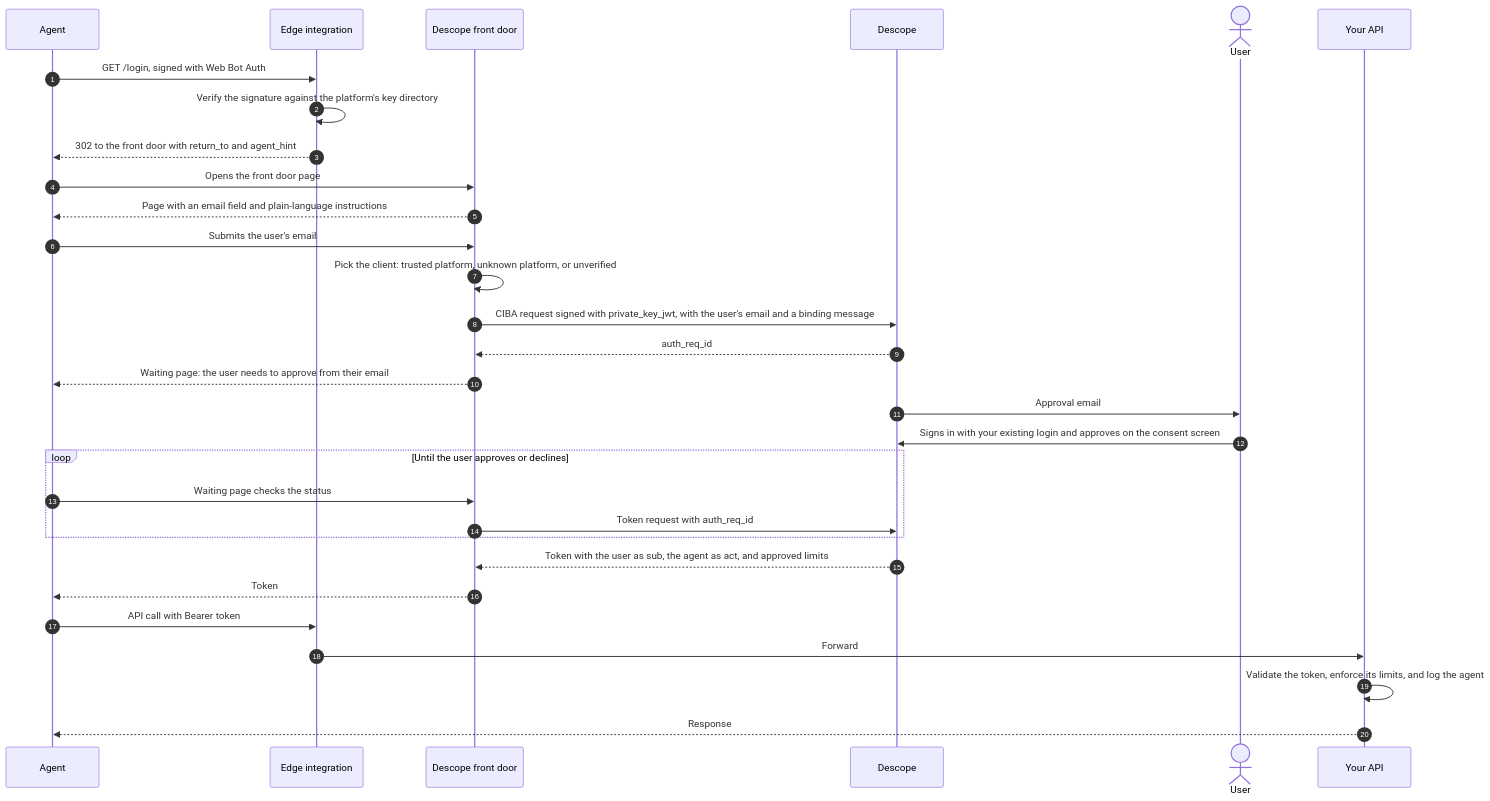
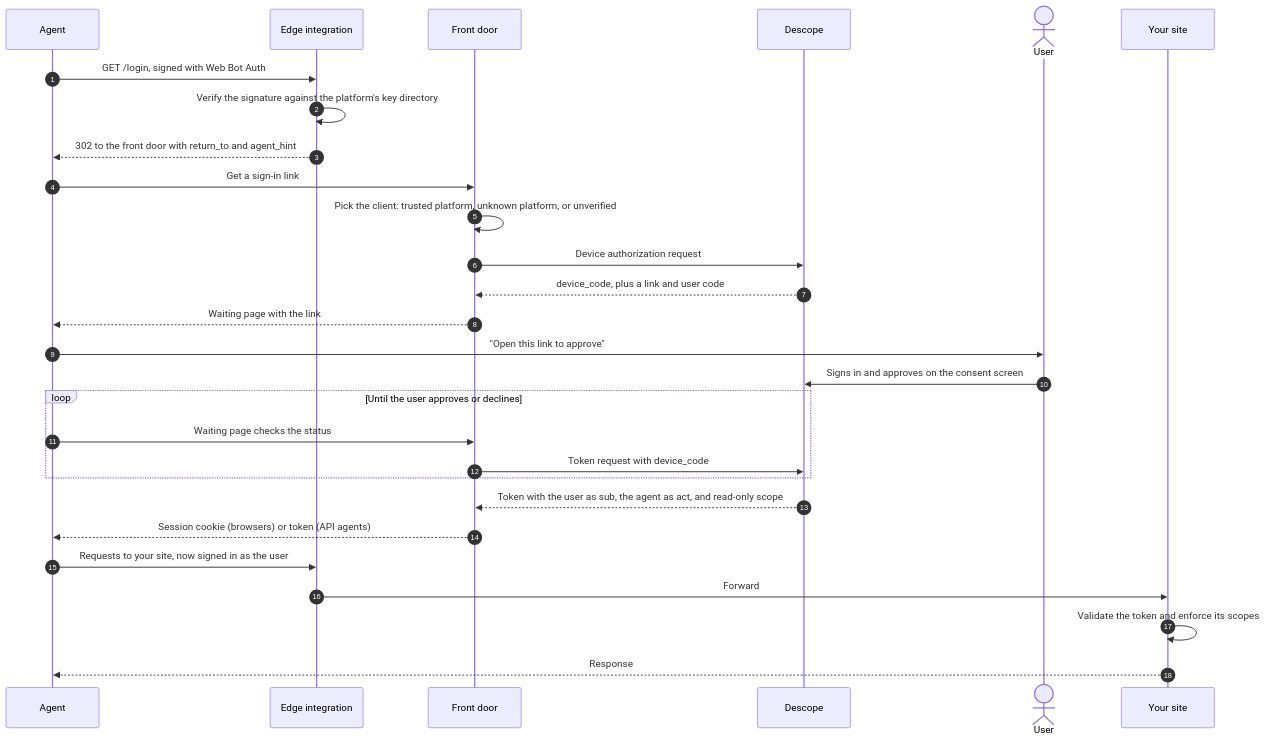
Before and after one commit to descope/agent-edge: the third of 3 diagrams in README.md, drawn with Mermaid. The commit also changed other lines of this file and 9 other files, not shown here.

First line of the commit message:
Device flow for connecting, simpler READMEs, and docs cleanup (#6)

````diff
--- a/README.md
+++ b/README.md
@@ -78,32 +90,30 @@
 ```mermaid
 sequenceDiagram
   autonumber
   participant A as Agent
   participant E as Edge integration
-  participant F as Descope front door
+  participant F as Front door
   participant D as Descope
   actor U as User
-  participant S as Your API
+  participant S as Your site
   A->>E: GET /login, signed with Web Bot Auth
   E->>E: Verify the signature against the platform's key directory
   E-->>A: 302 to the front door with return_to and agent_hint
-  A->>F: Opens the front door page
-  F-->>A: Page with an email field and plain-language instructions
-  A->>F: Submits the user's email
+  A->>F: Get a sign-in link
   F->>F: Pick the client: trusted platform, unknown platform, or unverified
-  F->>D: CIBA request signed with private_key_jwt, with the user's email and a binding message
-  D-->>F: auth_req_id
-  F-->>A: Waiting page: the user needs to approve from their email
-  D->>U: Approval email
-  U->>D: Signs in with your existing login and approves on the consent screen
+  F->>D: Device authorization request
+  D-->>F: device_code, plus a link and user code
+  F-->>A: Waiting page with the link
+  A->>U: "Open this link to approve"
+  U->>D: Signs in and approves on the consent screen
   loop Until the user approves or declines
     A->>F: Waiting page checks the status
-    F->>D: Token request with auth_req_id
+    F->>D: Token request with device_code
   end
-  D-->>F: Token with the user as sub, the agent as act, and approved limits
-  F-->>A: Token
-  A->>E: API call with Bearer token
+  D-->>F: Token with the user as sub, the agent as act, and read-only scope
+  F-->>A: Session cookie (browsers) or token (API agents)
+  A->>E: Requests to your site, now signed in as the user
   E->>S: Forward
-  S->>S: Validate the token, enforce its limits, and log the agent
+  S->>S: Validate the token and enforce its scopes
   S-->>A: Response
 ```
````
